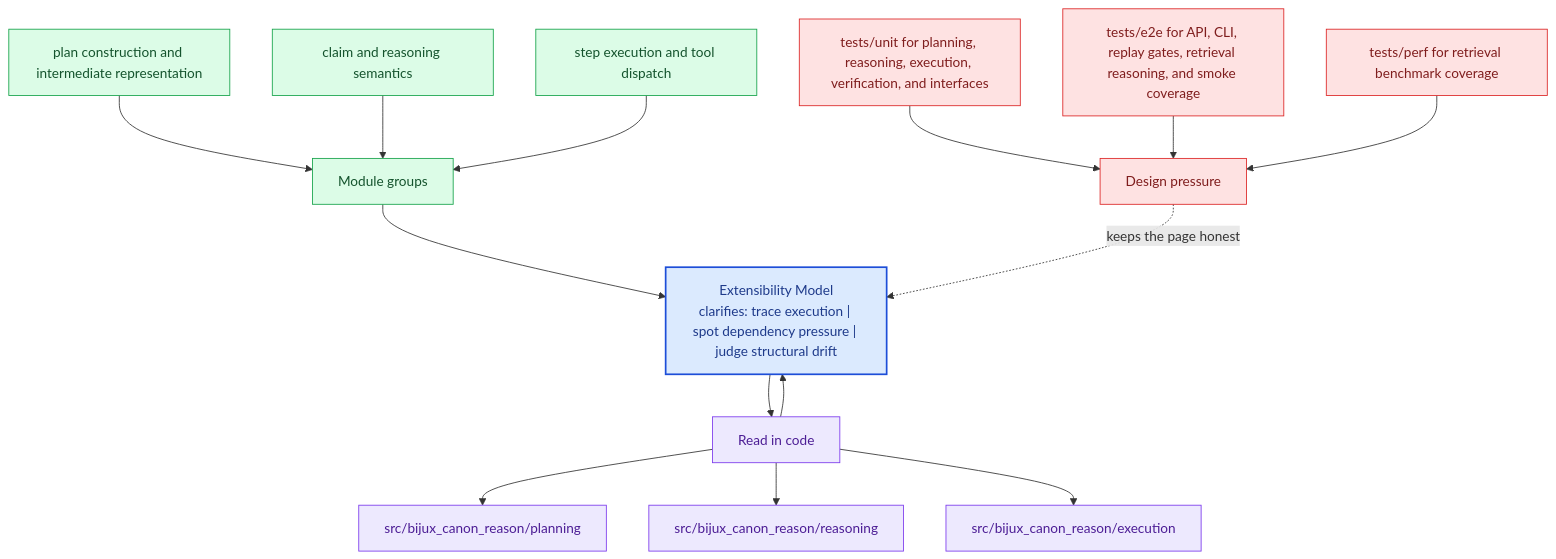
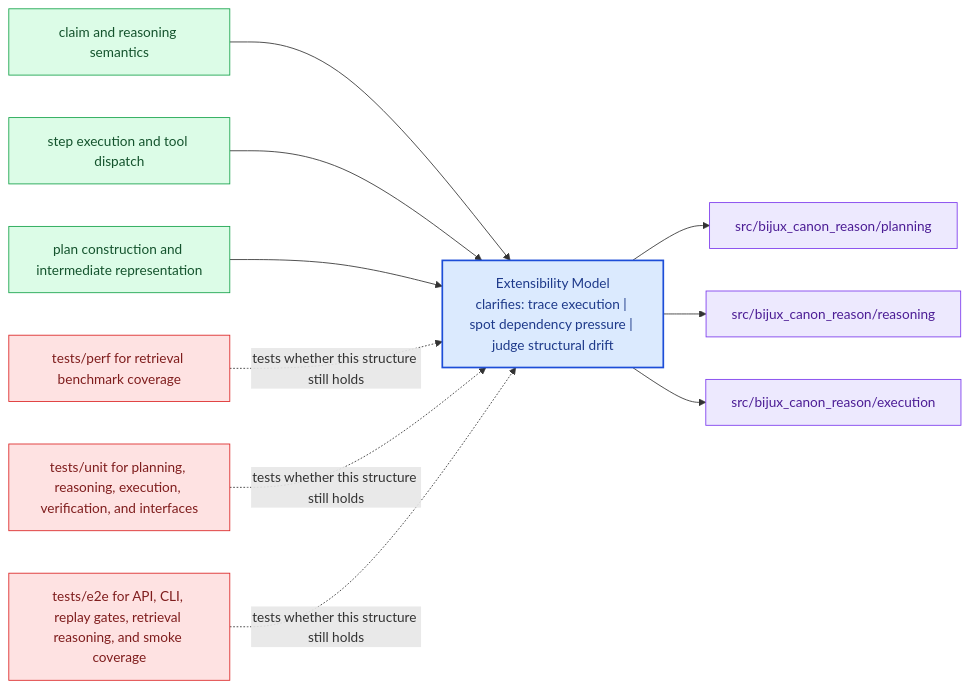
Before and after one commit to bijux/bijux-canon: the diagram in docs/bijux-canon-reason/architecture/extensibility-model.md, drawn with Mermaid. The commit also changed other lines of this file and 281 other files, not shown here.

Commit message:
docs(diagrams): replace repeated mermaid scaffolds with page-specific summaries

````diff
--- a/docs/bijux-canon-reason/architecture/extensibility-model.md
+++ b/docs/bijux-canon-reason/architecture/extensibility-model.md
@@ -67,40 +22,31 @@
 ```mermaid
-flowchart TB
-    promise["Extensibility Model<br/>clarifies: trace execution | spot dependency pressure | judge structural drift"]
-    classDef promise fill:#dbeafe,stroke:#1d4ed8,color:#1e3a8a,stroke-width:2px;
-    classDef driver fill:#dcfce7,stroke:#16a34a,color:#14532d;
-    classDef constraint fill:#fee2e2,stroke:#dc2626,color:#7f1d1d;
-    classDef ground fill:#ede9fe,stroke:#7c3aed,color:#4c1d95;
-    focus1["Module groups"]
-    focus1 --> promise
-    focus1_1["plan construction and intermediate representation"]
-    focus1_1 --> focus1
-    focus1_2["claim and reasoning semantics"]
-    focus1_2 --> focus1
-    focus1_3["step execution and tool dispatch"]
-    focus1_3 --> focus1
-    class focus1 driver;
-    class focus1_1,focus1_2,focus1_3 driver;
-    focus2["Read in code"]
-    focus2 --> promise
-    promise --> focus2
-    focus2_1["src/bijux_canon_reason/planning"]
-    focus2 --> focus2_1
-    focus2_2["src/bijux_canon_reason/reasoning"]
-    focus2 --> focus2_2
-    focus2_3["src/bijux_canon_reason/execution"]
-    focus2 --> focus2_3
-    class focus2 ground;
-    class focus2_1,focus2_2,focus2_3 ground;
-    focus3["Design pressure"]
-    focus3 -.keeps the page honest.-> promise
-    focus3_1["tests/unit for planning, reasoning, execution, verification, and interfaces"]
-    focus3_1 --> focus3
-    focus3_2["tests/e2e for API, CLI, replay gates, retrieval reasoning, and smoke coverage"]
-    focus3_2 --> focus3
-    focus3_3["tests/perf for retrieval benchmark coverage"]
-    focus3_3 --> focus3
-    class focus3 constraint;
-    class focus3_1,focus3_2,focus3_3 constraint;
-    class promise promise;
+flowchart LR
+    page["Extensibility Model<br/>clarifies: trace execution | spot dependency pressure | judge structural drift"]
+    classDef page fill:#dbeafe,stroke:#1d4ed8,color:#1e3a8a,stroke-width:2px;
+    classDef positive fill:#dcfce7,stroke:#16a34a,color:#14532d;
+    classDef caution fill:#fee2e2,stroke:#dc2626,color:#7f1d1d;
+    classDef anchor fill:#ede9fe,stroke:#7c3aed,color:#4c1d95;
+    classDef action fill:#fef3c7,stroke:#d97706,color:#7c2d12;
+    module1["claim and reasoning semantics"]
+    module1 --> page
+    module2["step execution and tool dispatch"]
+    module2 --> page
+    module3["plan construction and intermediate representation"]
+    module3 --> page
+    code1["src/bijux_canon_reason/planning"]
+    page --> code1
+    code2["src/bijux_canon_reason/reasoning"]
+    page --> code2
+    code3["src/bijux_canon_reason/execution"]
+    page --> code3
+    pressure1["tests/perf for retrieval benchmark coverage"]
+    pressure1 -.tests whether this structure still holds.-> page
+    pressure2["tests/unit for planning, reasoning, execution, verification, and interfaces"]
+    pressure2 -.tests whether this structure still holds.-> page
+    pressure3["tests/e2e for API, CLI, replay gates, retrieval reasoning, and smoke coverage"]
+    pressure3 -.tests whether this structure still holds.-> page
+    class page page;
+    class module1,module2,module3 positive;
+    class code1,code2,code3 anchor;
+    class pressure1,pressure2,pressure3 caution;
 ```
````
